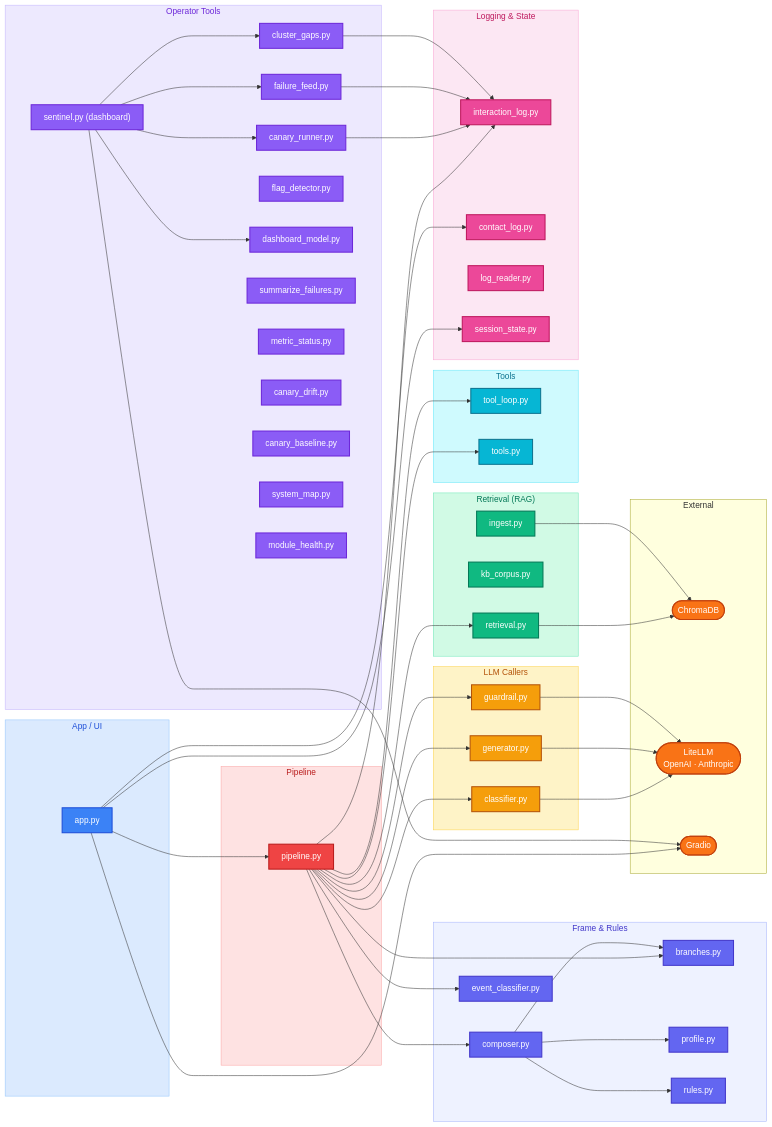
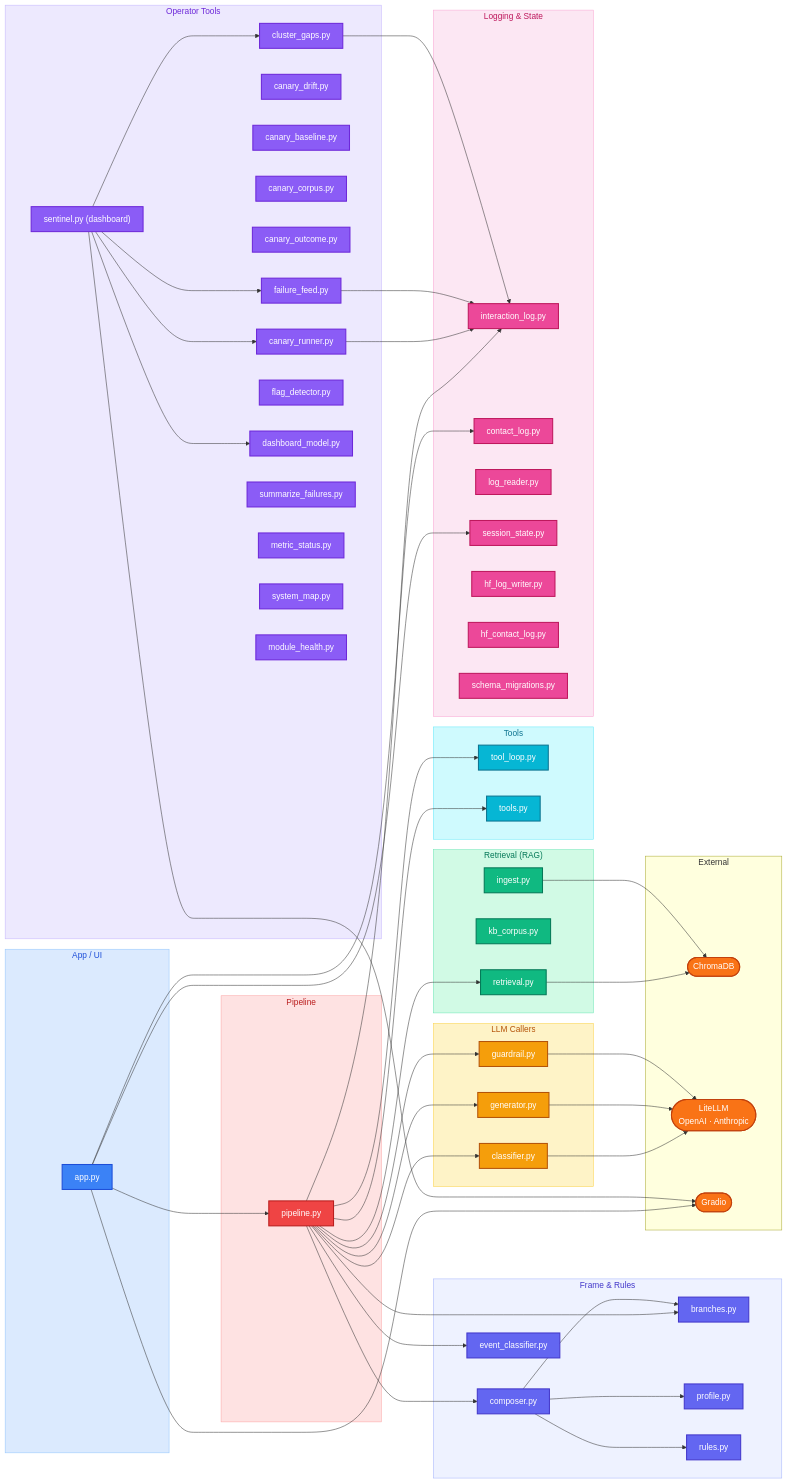
The second of 2 diagrams in README.md (AlejandroFuentePinero/digital-twin), drawn with Mermaid before and after one commit. The commit also changed other lines of this file and 1 other file, not shown here.

```diff
--- a/README.md
+++ b/README.md
@@ -119,19 +119,24 @@
     contact_log["contact_log.py"]:::logging
     log_reader["log_reader.py"]:::logging
     session_state["session_state.py"]:::logging
+    hf_log_writer["hf_log_writer.py"]:::logging
+    hf_contact_log["hf_contact_log.py"]:::logging
+    schema_migrations["schema_migrations.py"]:::logging
   end
 
   subgraph sg_tooling["Operator Tools"]
     sentinel["sentinel.py (dashboard)"]:::tooling
     canary_runner["canary_runner.py"]:::tooling
+    canary_drift["canary_drift.py"]:::tooling
+    canary_baseline["canary_baseline.py"]:::tooling
+    canary_corpus["canary_corpus.py"]:::tooling
+    canary_outcome["canary_outcome.py"]:::tooling
     cluster_gaps["cluster_gaps.py"]:::tooling
     failure_feed["failure_feed.py"]:::tooling
     flag_detector["flag_detector.py"]:::tooling
     dashboard_model["dashboard_model.py"]:::tooling
     summarize_failures["summarize_failures.py"]:::tooling
     metric_status["metric_status.py"]:::tooling
-    canary_drift["canary_drift.py"]:::tooling
-    canary_baseline["canary_baseline.py"]:::tooling
     system_map["system_map.py"]:::tooling
     module_health["module_health.py"]:::tooling
   end
```
